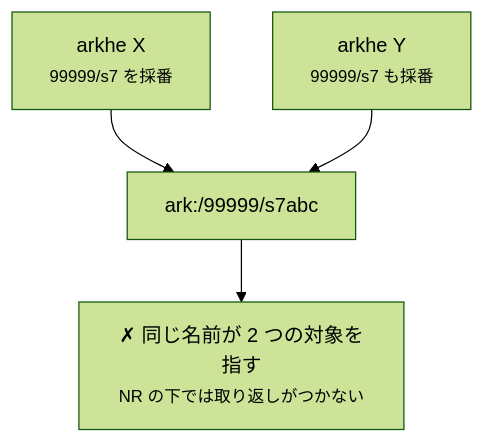
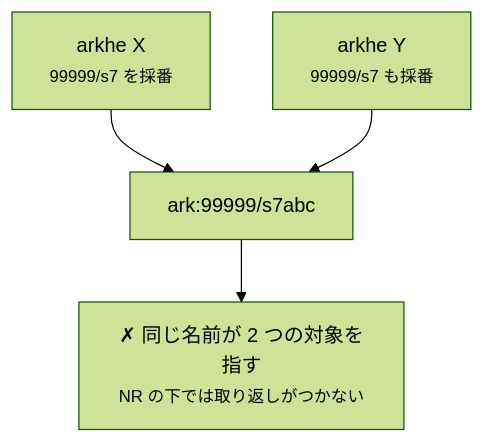
Diagram 14 of 14 in docs/guides/federation.ja.md (RCOSDP/arkhe), drawn with Mermaid (forest theme) before and after one commit. The commit also changed other lines of this file and 75 other files, not shown here.

````diff
--- a/docs/guides/federation.ja.md
+++ b/docs/guides/federation.ja.md
@@ -462,6 +463,6 @@
 ```mermaid
 flowchart TD
-    X["arkhe X<br/><small>99999/s7 を採番</small>"] --> N["ark:/99999/s7abc"]
+    X["arkhe X<br/><small>99999/s7 を採番</small>"] --> N["ark:99999/s7abc"]
     Y["arkhe Y<br/><small>99999/s7 も採番</small>"] --> N
     N --> Z["✗ 同じ名前が 2 つの対象を指す<br/><small>NR の下では取り返しがつかない</small>"]
 ```
````
